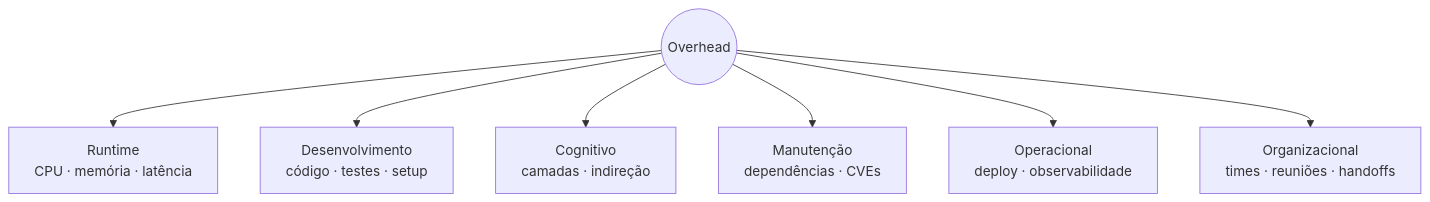
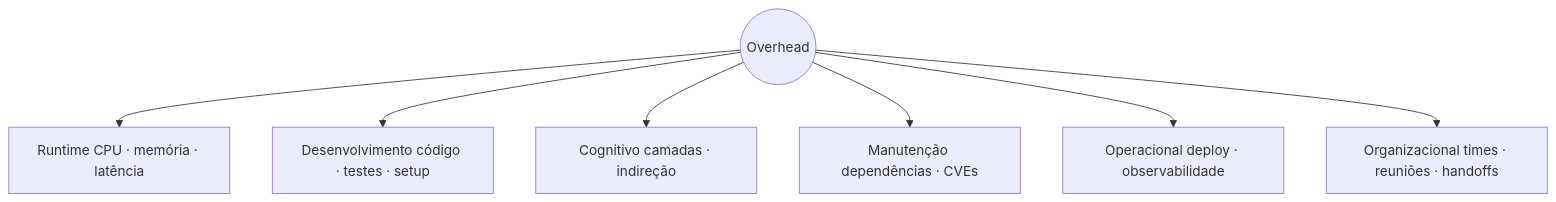
Before and after one commit to cesarschutz/cesarschutz.github.io: the diagram in src/contents/posts/overhead-vs-overkill.md, drawn with Mermaid. The commit also changed 10 other files, not shown here.

First line of the commit message:
Blinda diagramas Mermaid: remove <br> e nós invisíveis dos rótulos

````diff
--- a/src/contents/posts/overhead-vs-overkill.md
+++ b/src/contents/posts/overhead-vs-overkill.md
@@ -23,9 +23,9 @@
 ```mermaid
 flowchart TD
-  O((Overhead)) --> R["Runtime<br>CPU · memória · latência"]
-  O --> D["Desenvolvimento<br>código · testes · setup"]
-  O --> C["Cognitivo<br>camadas · indireção"]
-  O --> M["Manutenção<br>dependências · CVEs"]
-  O --> OP["Operacional<br>deploy · observabilidade"]
-  O --> ORG["Organizacional<br>times · reuniões · handoffs"]
+  O((Overhead)) --> R["Runtime CPU · memória · latência"]
+  O --> D["Desenvolvimento código · testes · setup"]
+  O --> C["Cognitivo camadas · indireção"]
+  O --> M["Manutenção dependências · CVEs"]
+  O --> OP["Operacional deploy · observabilidade"]
+  O --> ORG["Organizacional times · reuniões · handoffs"]
 ```
````
